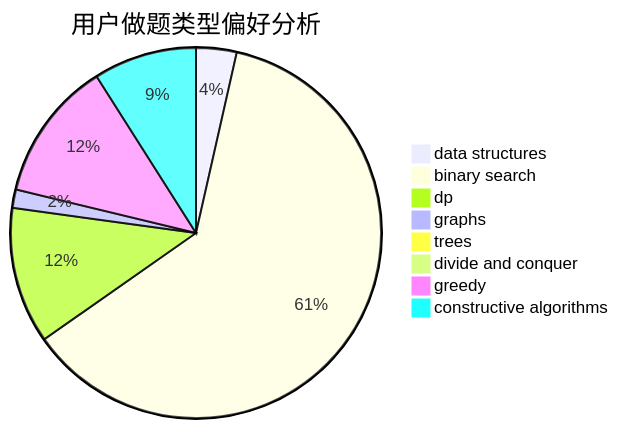
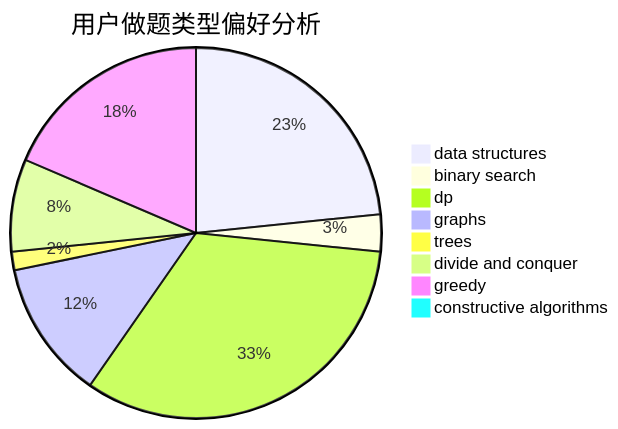
Before and after one commit to sherpahu/cfrs.github.io: the second of 3 diagrams in docs/user/u1762.md, drawn with Mermaid. The commit also changed other lines of this file and 2770 other files, not shown here.

````diff
--- a/docs/user/u1762.md
+++ b/docs/user/u1762.md
@@ -23,11 +23,11 @@
 ```mermaid
 pie title 用户做题类型偏好分析
-    "data structures" :  11
-    "binary search" :  192
-    "dp" :  37
-    "graphs" :  5
-    "trees" :  3
-    "divide and conquer" :  0
-    "greedy" :  38
-    "constructive algorithms" :  28
+    "data structures" :  29
+    "binary search" :  4
+    "dp" :  41
+    "graphs" :  15
+    "trees" :  2
+    "divide and conquer" :  10
+    "greedy" :  23
+    "constructive algorithms" :  1
 ```
````
